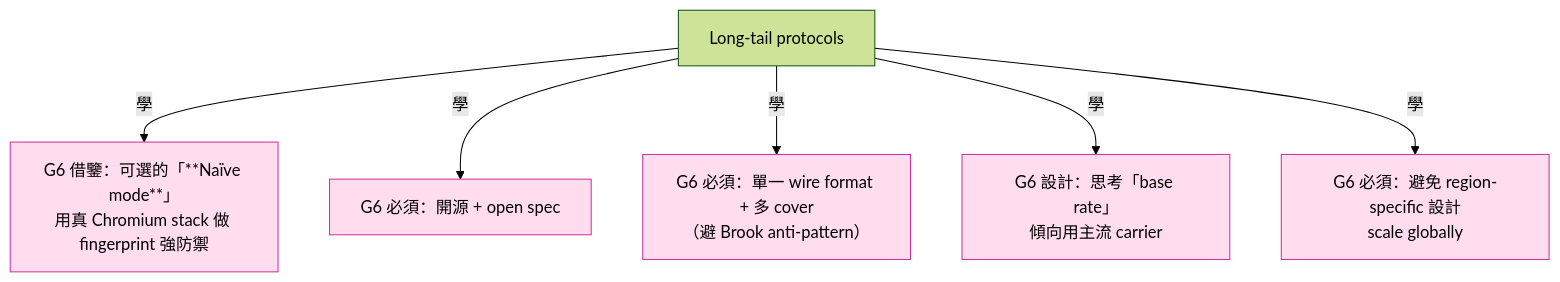
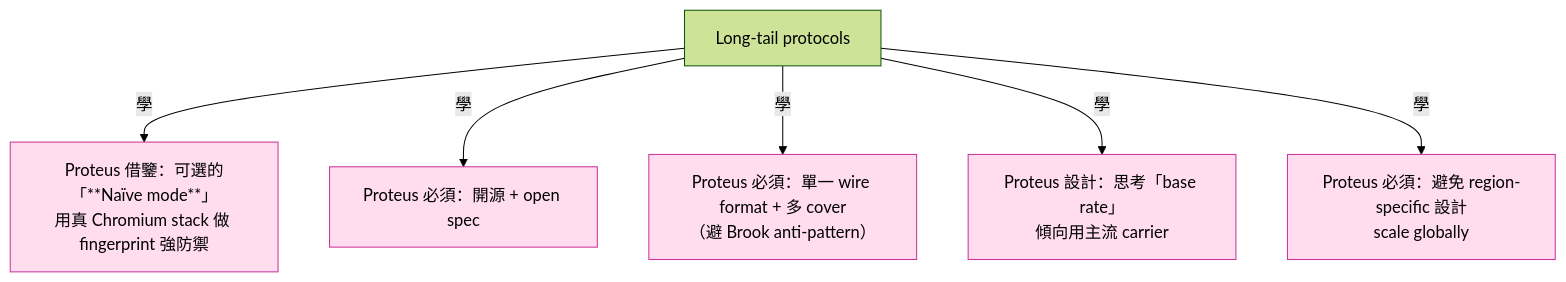
One commit to Icarus603/network-from-scratch changed the third of 3 diagrams in lessons/part-7-proxy-protocols/7.13-misc-protocols.md. Above: the diagram before and after it, drawn with Mermaid (forest theme). The commit also changed other lines of this file and 300 other files, not shown here.

````diff
--- a/lessons/part-7-proxy-protocols/7.13-misc-protocols.md
+++ b/lessons/part-7-proxy-protocols/7.13-misc-protocols.md
@@ -441,12 +441,12 @@
 ```mermaid
 flowchart TD
     LongTail[Long-tail protocols]
-    LongTail -- 學 --> G_NAIVE[G6 借鑒：可選的「**Naïve mode**」<br/>用真 Chromium stack 做 fingerprint 強防禦]
-    LongTail -- 學 --> G_OPEN[G6 必須：開源 + open spec]
-    LongTail -- 學 --> G_SINGLE[G6 必須：單一 wire format + 多 cover<br/>（避 Brook anti-pattern）]
-    LongTail -- 學 --> G_BR[G6 設計：思考「base rate」<br/>傾向用主流 carrier]
-    LongTail -- 學 --> G_REGION[G6 必須：避免 region-specific 設計<br/>scale globally]
+    LongTail -- 學 --> G_NAIVE[Proteus 借鑒：可選的「**Naïve mode**」<br/>用真 Chromium stack 做 fingerprint 強防禦]
+    LongTail -- 學 --> G_OPEN[Proteus 必須：開源 + open spec]
+    LongTail -- 學 --> G_SINGLE[Proteus 必須：單一 wire format + 多 cover<br/>（避 Brook anti-pattern）]
+    LongTail -- 學 --> G_BR[Proteus 設計：思考「base rate」<br/>傾向用主流 carrier]
+    LongTail -- 學 --> G_REGION[Proteus 必須：避免 region-specific 設計<br/>scale globally]
 
     classDef ours fill:#fde,stroke:#c39
     class G_NAIVE,G_OPEN,G_SINGLE,G_BR,G_REGION ours
 ```
````
